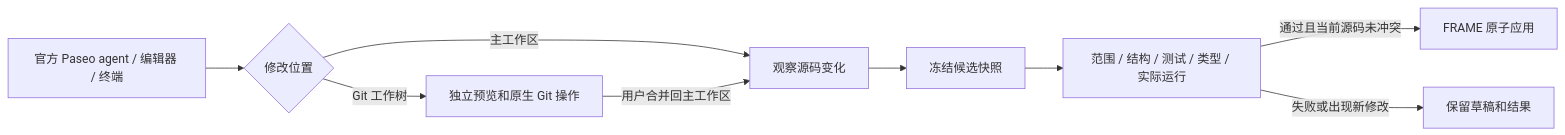
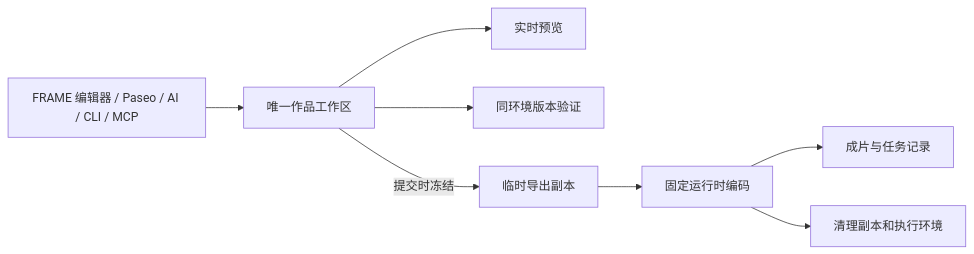
Before and after one commit to jianjianai/frame-studio: the diagram in docs/PASEO.md, drawn with Mermaid. The commit also changed other lines of this file and 254 other files, not shown here.

````diff
--- a/docs/PASEO.md
+++ b/docs/PASEO.md
@@ -17,11 +17,10 @@
 ```mermaid
 flowchart LR
-  A[官方 Paseo agent / 编辑器 / 终端] --> B{修改位置}
-  B -->|主工作区| C[观察源码变化]
-  B -->|Git 工作树| D[独立预览和原生 Git 操作]
-  D -->|用户合并回主工作区| C
-  C --> E[冻结候选快照]
-  E --> F[范围 / 结构 / 测试 / 类型 / 实际运行]
-  F -->|通过且当前源码未冲突| G[FRAME 原子应用]
-  F -->|失败或出现新修改| H[保留草稿和结果]
+  A[FRAME 编辑器 / Paseo / AI / CLI / MCP] --> B[唯一作品工作区]
+  B --> C[实时预览]
+  B --> D[同环境版本验证]
+  B -->|提交时冻结| E[临时导出副本]
+  E --> F[固定运行时编码]
+  F --> G[成片与任务记录]
+  F --> H[清理副本和执行环境]
 ```
````
